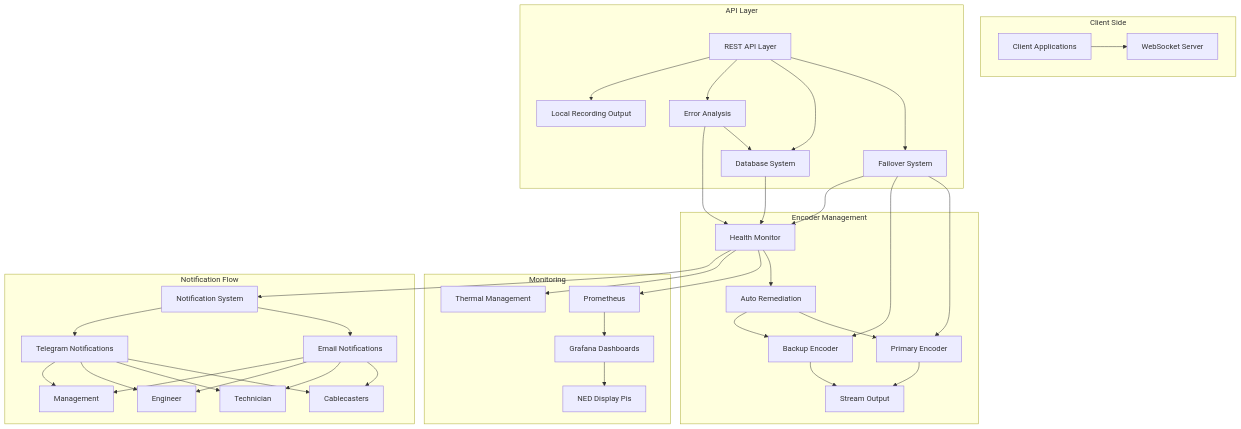
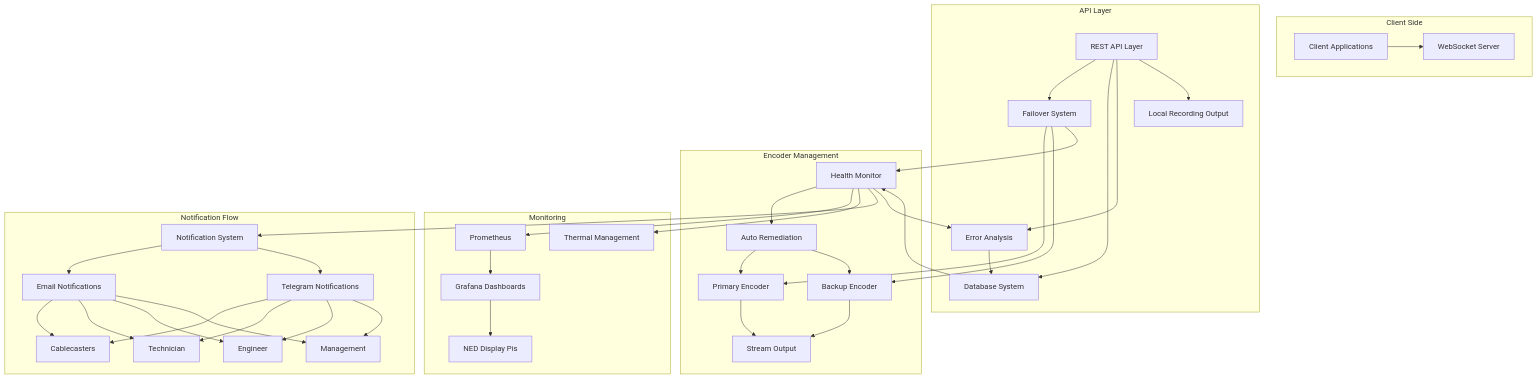
Before and after one commit to SCC-Dev-256/WatchTower: the diagram in README.md, drawn with Mermaid. The commit also changed other lines of this file, not shown here.

Commit message:
reversed flow of mermaid chart to better reflect how the monitor flows into error analysis and into the database

````diff
--- a/README.md
+++ b/README.md
@@ -8,50 +8,50 @@
 ```mermaid
 graph TD
     subgraph Client Side
         Client[Client Applications] --> WS[WebSocket Server]
     end
 
     subgraph API Layer
         API[REST API Layer] --> FS[Failover System]
         API --> DatabaseSystem[Database System]
         API --> ErrorAnalysis[Error Analysis]
         API --> Recording[Local Recording Output]
     end
 
     subgraph Encoder Management
         FS --> E1[Primary Encoder]
         FS --> E2[Backup Encoder]
         FS --> Monitor[Health Monitor]
         Monitor --> AutoFix[Auto Remediation]
         AutoFix --> E1
         AutoFix --> E2
         E1 --> Stream[Stream Output]
         E2 --> Stream
     end
 
     subgraph Monitoring
         Monitor --> Prometheus[Prometheus]
         Prometheus --> Grafana[Grafana Dashboards]
         Grafana --> NEDDisplayPis[NED Display Pis]
         Monitor --> ThermalManagement[Thermal Management]
     end
 
     subgraph Notification Flow
         Monitor --> NotificationSystem[Notification System]
         NotificationSystem --> Email[Email Notifications]
         NotificationSystem --> Telegram[Telegram Notifications]
         Email --> Cablecasters[Cablecasters]
         Email --> Technician[Technician]
         Email --> Engineer[Engineer]
         Email --> Management[Management]
         Telegram --> Cablecasters
         Telegram --> Technician
         Telegram --> Engineer
         Telegram --> Management
     end
 
     %% New connections
     ErrorAnalysis --> DatabaseSystem
-    ErrorAnalysis --> Monitor
+    Monitor --> ErrorAnalysis
     DatabaseSystem --> Monitor
 ```
````
